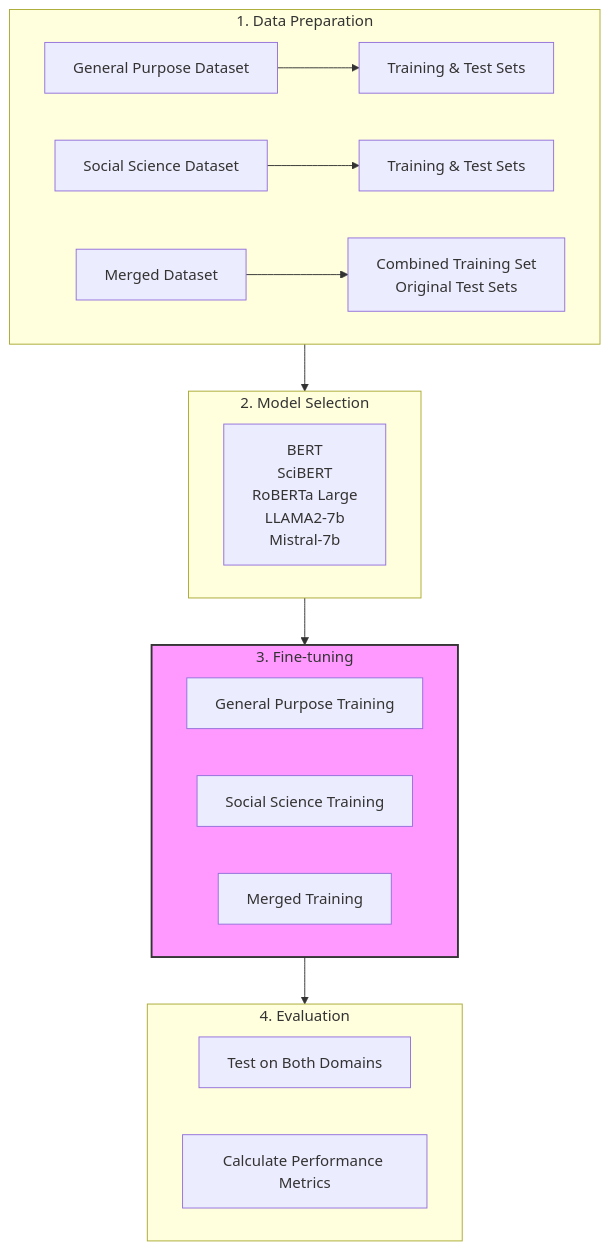
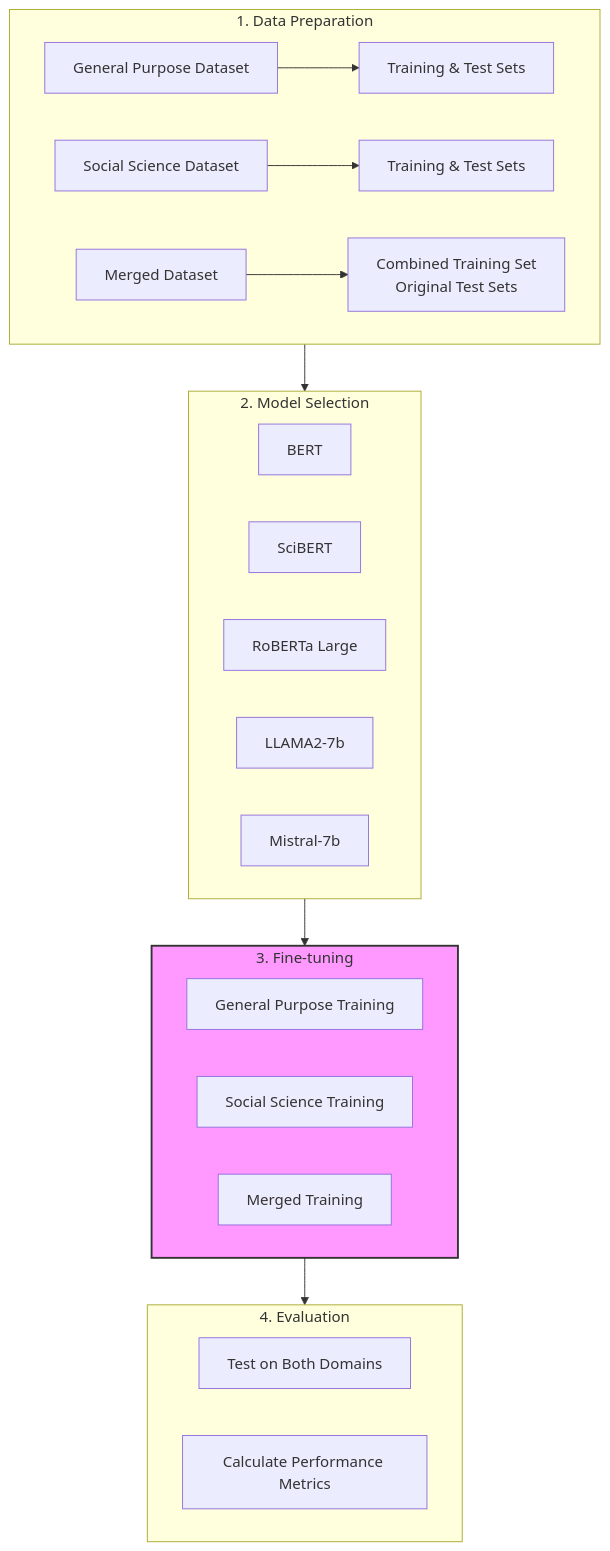
Before and after one commit to rasoulnorouzi/cessc: the diagram in README.md, drawn with Mermaid.

````diff
--- a/README.md
+++ b/README.md
@@ -37,30 +37,34 @@
 ```mermaid
 flowchart TD
     subgraph Data["1. Data Preparation"]
         A1[General Purpose Dataset] --> C1[Training & Test Sets]
         A2[Social Science Dataset] --> C2[Training & Test Sets]
-        A3[Merged Dataset] --> C3[Combined Training Set<br/>Original Test Sets]
+        A3[Merged Dataset] --> C3[Combined Training Set<br>Original Test Sets]
     end
 
     subgraph Models["2. Model Selection"]
-        M1["BERT<br/>SciBERT<br/>RoBERTa Large<br/>LLAMA2-7b<br/>Mistral-7b"]
+        M1[BERT]
+        M2[SciBERT]
+        M3[RoBERTa Large]
+        M4[LLAMA2-7b]
+        M5[Mistral-7b]
     end
 
     subgraph Training["3. Fine-tuning"]
         T1[General Purpose Training]
         T2[Social Science Training]
         T3[Merged Training]
     end
 
     subgraph Eval["4. Evaluation"]
         E1[Test on Both Domains]
         E2[Calculate Performance Metrics]
     end
 
     Data --> Models
     Models --> Training
     Training --> Eval
 
     classDef highlight fill:#f9f,stroke:#333,stroke-width:2px
     class Training highlight
 ```
````
